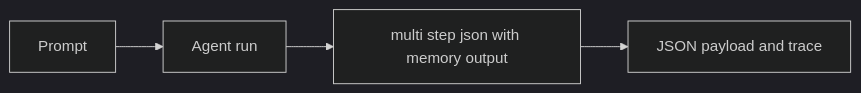
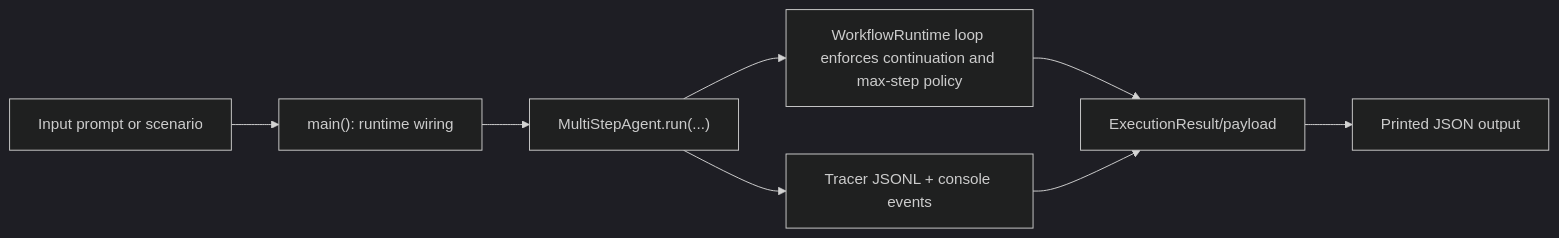
Before and after one commit to cmudrc/design-research-agents: the diagram in docs/examples/agents/multi_step_json_with_memory.rst, drawn with Mermaid (dark theme). The commit also changed other lines of this file and 83 other files, not shown here.

```diff
--- a/docs/examples/agents/multi_step_json_with_memory.rst
+++ b/docs/examples/agents/multi_step_json_with_memory.rst
@@ -21,6 +22,10 @@
 .. mermaid::
 
    flowchart LR
-       A["Prompt"] --> B["Agent run"]
-       B --> C["multi step json with memory output"]
-       C --> D["JSON payload and trace"]
+       A["Input prompt or scenario"] --> B["main(): runtime wiring"]
+       B --> C["MultiStepAgent.run(...)"]
+       C --> D["WorkflowRuntime loop enforces continuation and max-step policy"]
+       C --> E["Tracer JSONL + console events"]
+       D --> F["ExecutionResult/payload"]
+       E --> F
+       F --> G["Printed JSON output"]
```
